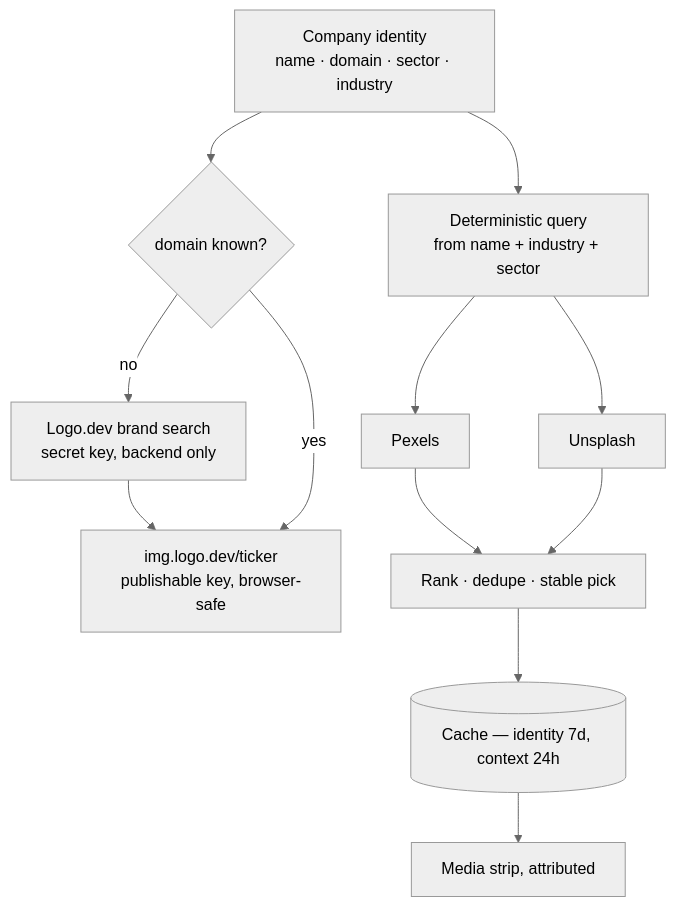
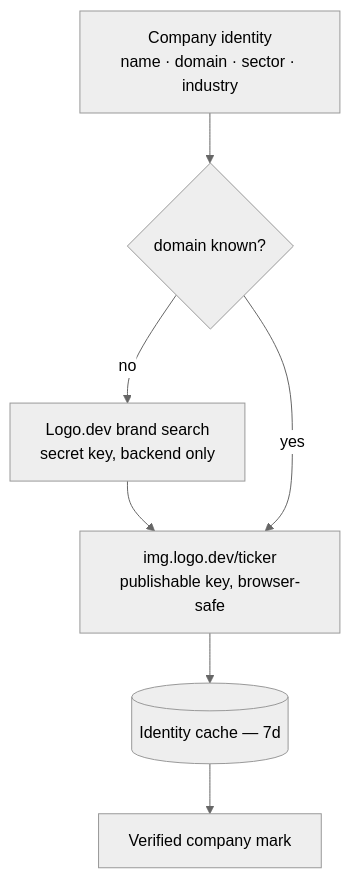
The fifth of 6 diagrams in docs/data-flow.md (iAakash1/miniAladdin), drawn with Mermaid (neutral theme) before and after one commit. The commit also changed other lines of this file and 26 other files, not shown here.

````diff
--- a/docs/data-flow.md
+++ b/docs/data-flow.md
@@ -134,21 +134,15 @@
 ```mermaid
 flowchart TB
     ID["Company identity<br/>name · domain · sector · industry"]
     DOM{"domain known?"}
     SEARCH["Logo.dev brand search<br/>secret key, backend only"]
     LOGO["img.logo.dev/ticker<br/>publishable key, browser-safe"]
 
-    QUERY["Deterministic query<br/>from name + industry + sector"]
-    PX["Pexels"]
-    US["Unsplash"]
-    RANK["Rank · dedupe · stable pick"]
-    CACHE[("Cache — identity 7d, context 24h")]
-    UI["Media strip, attributed"]
+    CACHE[("Identity cache — 7d")]
+    UI["Verified company mark"]
 
     ID --> DOM
     DOM -->|no| SEARCH --> LOGO
     DOM -->|yes| LOGO
-    ID --> QUERY
-    QUERY --> PX & US
-    PX & US --> RANK --> CACHE --> UI
+    LOGO --> CACHE --> UI
 ```
````
